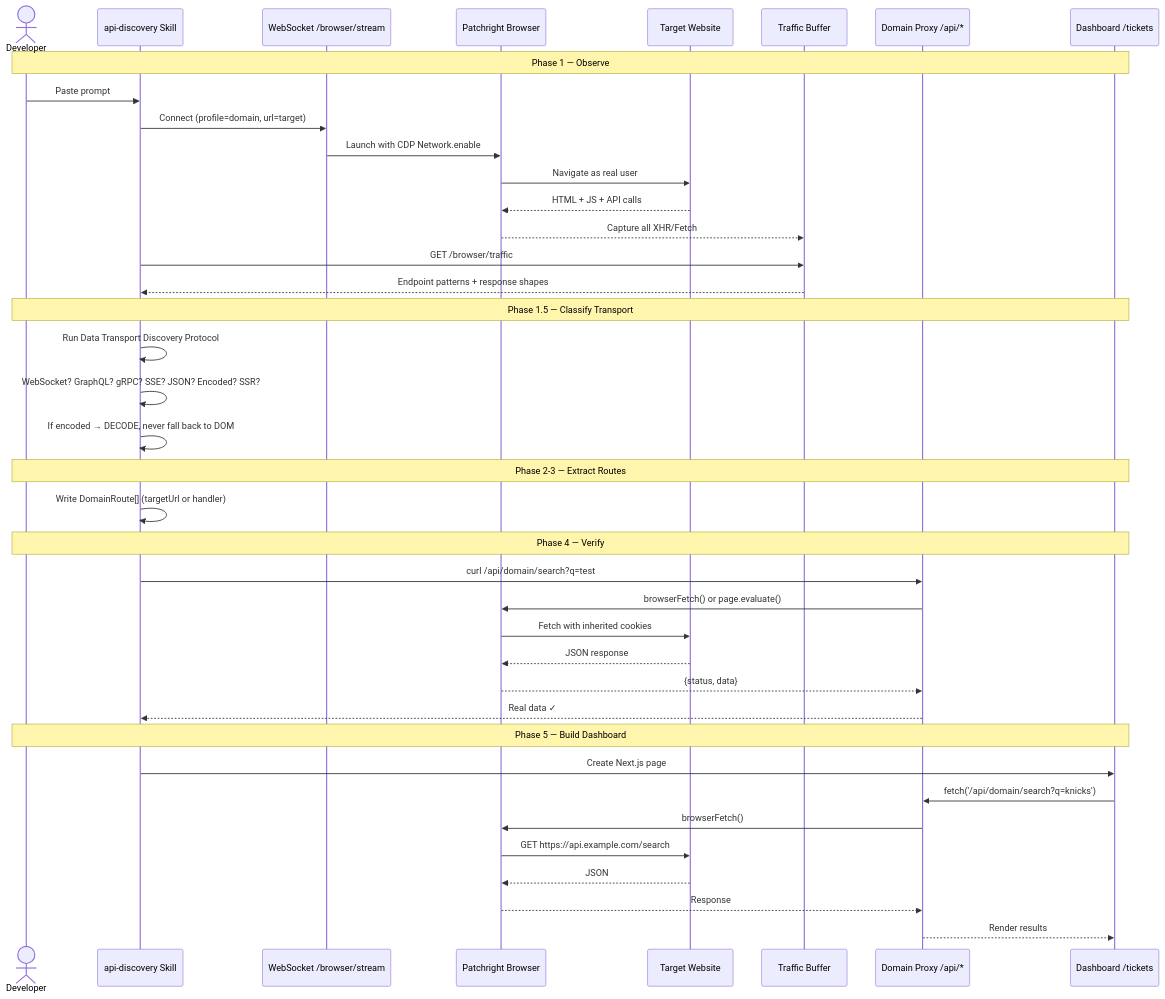
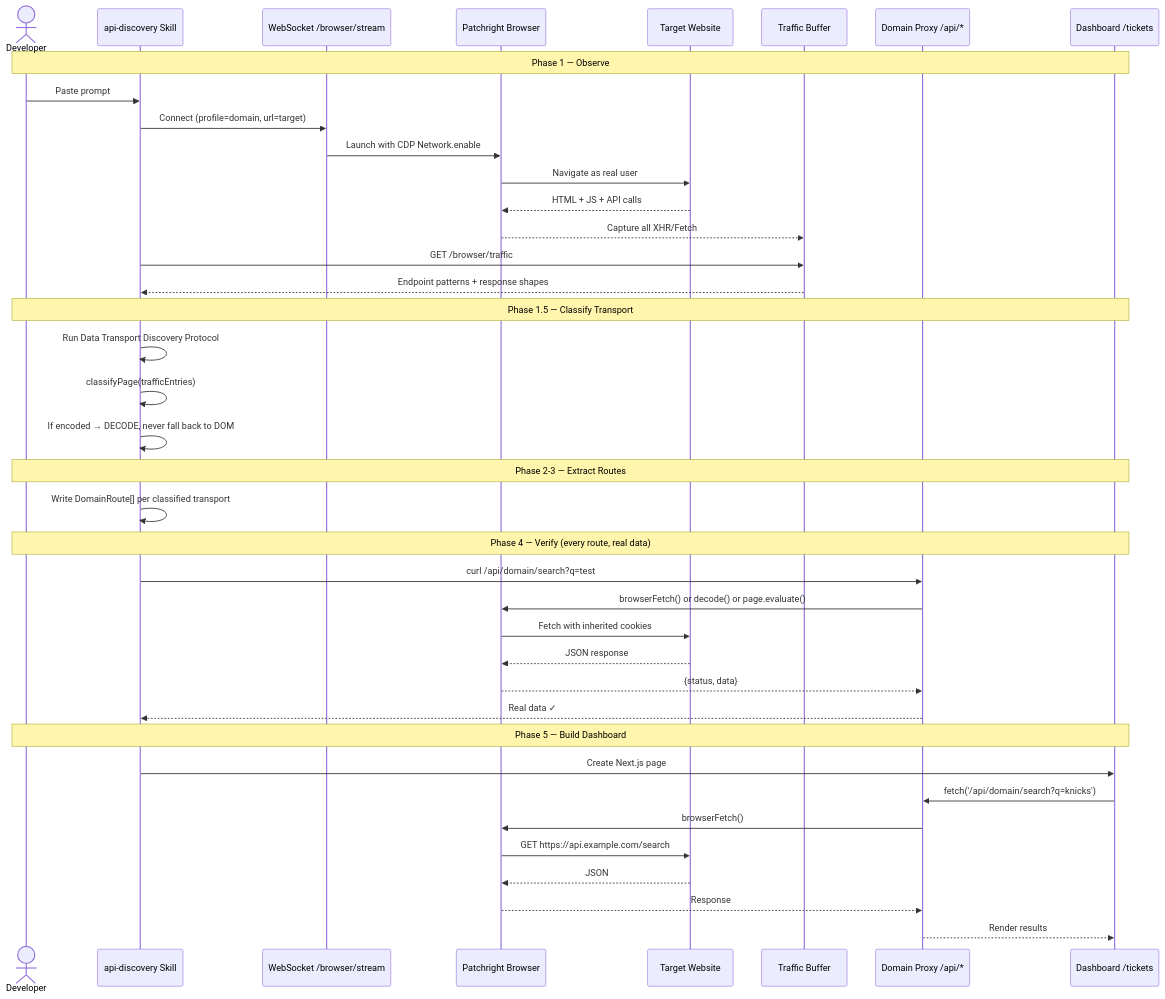
One commit to adam-s/api-interceptor changed the second of 4 diagrams in README.md. Above: the diagram before and after it, drawn with Mermaid. The commit also changed other lines of this file, not shown here.

First line of the commit message:
docs: add transport discovery flowchart to README

````diff
--- a/README.md
+++ b/README.md
@@ -29,46 +29,46 @@
 ```mermaid
 sequenceDiagram
     actor Dev as Developer
     participant Skill as api-discovery Skill
     participant WS as WebSocket /browser/stream
     participant Browser as Patchright Browser
     participant Site as Target Website
     participant Traffic as Traffic Buffer
     participant Proxy as Domain Proxy /api/*
     participant UI as Dashboard /tickets
 
     Note over Dev,UI: Phase 1 — Observe
     Dev->>Skill: Paste prompt
     Skill->>WS: Connect (profile=domain, url=target)
     WS->>Browser: Launch with CDP Network.enable
     Browser->>Site: Navigate as real user
     Site-->>Browser: HTML + JS + API calls
     Browser-->>Traffic: Capture all XHR/Fetch
     Skill->>Traffic: GET /browser/traffic
     Traffic-->>Skill: Endpoint patterns + response shapes
 
     Note over Dev,UI: Phase 1.5 — Classify Transport
     Skill->>Skill: Run Data Transport Discovery Protocol
-    Skill->>Skill: WebSocket? GraphQL? gRPC? SSE? JSON? Encoded? SSR?
+    Skill->>Skill: classifyPage(trafficEntries)
     Skill->>Skill: If encoded → DECODE, never fall back to DOM
 
     Note over Dev,UI: Phase 2-3 — Extract Routes
-    Skill->>Skill: Write DomainRoute[] (targetUrl or handler)
+    Skill->>Skill: Write DomainRoute[] per classified transport
 
-    Note over Dev,UI: Phase 4 — Verify
+    Note over Dev,UI: Phase 4 — Verify (every route, real data)
     Skill->>Proxy: curl /api/domain/search?q=test
-    Proxy->>Browser: browserFetch() or page.evaluate()
+    Proxy->>Browser: browserFetch() or decode() or page.evaluate()
     Browser->>Site: Fetch with inherited cookies
     Site-->>Browser: JSON response
     Browser-->>Proxy: {status, data}
     Proxy-->>Skill: Real data ✓
 
     Note over Dev,UI: Phase 5 — Build Dashboard
     Skill->>UI: Create Next.js page
     UI->>Proxy: fetch('/api/domain/search?q=knicks')
     Proxy->>Browser: browserFetch()
     Browser->>Site: GET https://api.example.com/search
     Site-->>Browser: JSON
     Browser-->>Proxy: Response
     Proxy-->>UI: Render results
 ```
````
